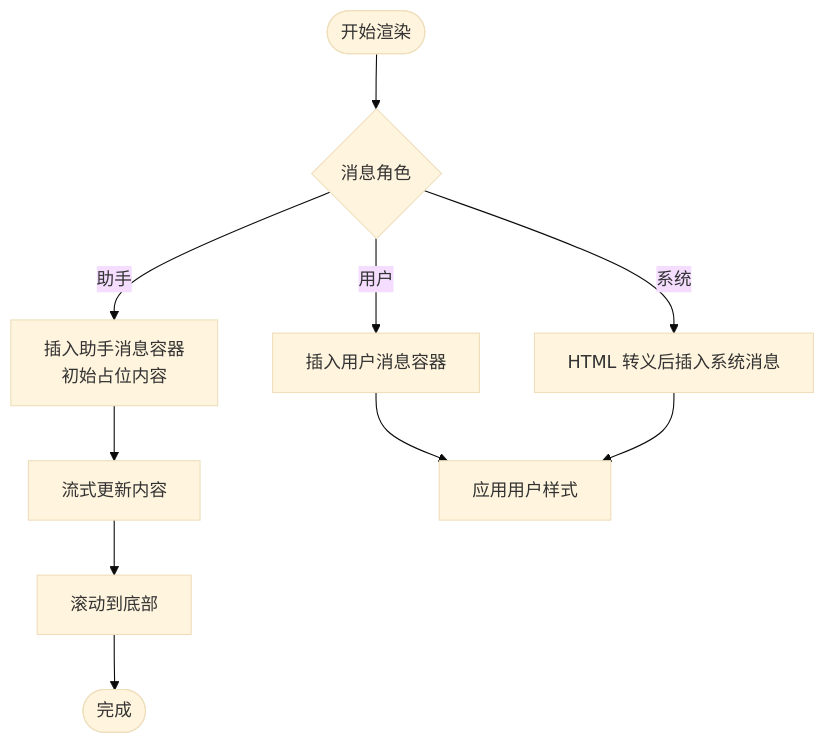
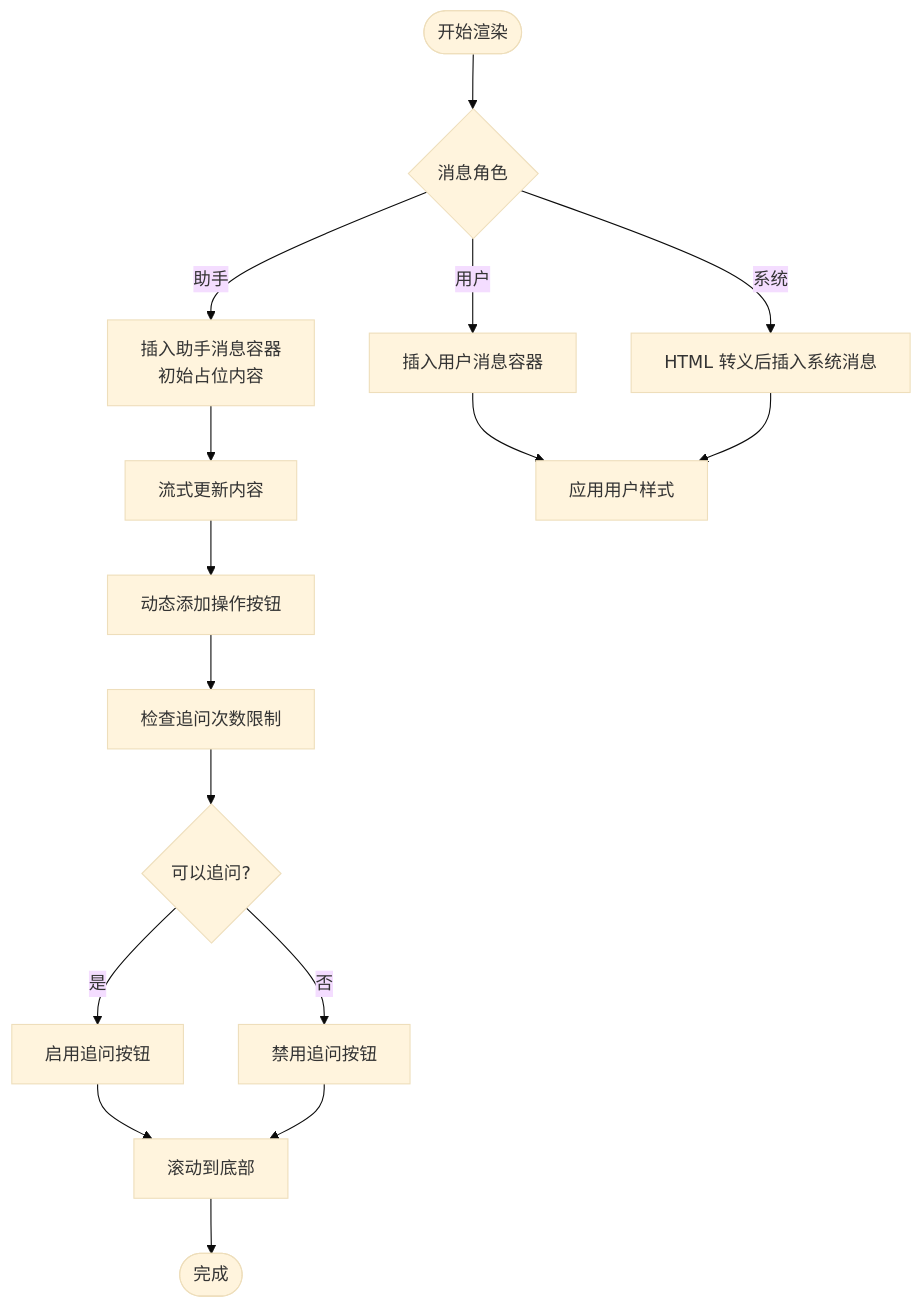
One commit to ghg618-ui/meihuayili-3.8 changed the third of 12 diagrams in .qoder/repowiki/zh/content/用户界面/聊天界面.md. Above: the diagram before and after it, drawn with Mermaid (base theme). The commit also changed other lines of this file and 6 other files, not shown here.

````diff
--- a/.qoder/repowiki/zh/content/用户界面/聊天界面.md
+++ b/.qoder/repowiki/zh/content/用户界面/聊天界面.md
@@ -129,12 +158,18 @@
 ```mermaid
 flowchart TD
 Start(["开始渲染"]) --> Role{"消息角色"}
 Role --> |用户| UserMsg["插入用户消息容器"]
 Role --> |助手| AssistInit["插入助手消息容器<br/>初始占位内容"]
 Role --> |系统| SysMsg["HTML 转义后插入系统消息"]
 AssistInit --> Stream["流式更新内容"]
-Stream --> Scroll["滚动到底部"]
+Stream --> Actions["动态添加操作按钮"]
+Actions --> LimitCheck["检查追问次数限制"]
+LimitCheck --> CanFollowUp{"可以追问?"}
+CanFollowUp --> |是| EnableBtn["启用追问按钮"]
+CanFollowUp --> |否| DisableBtn["禁用追问按钮"]
+EnableBtn --> Scroll["滚动到底部"]
+DisableBtn --> Scroll
 UserMsg --> Style["应用用户样式"]
 SysMsg --> Style
 Scroll --> End(["完成"])
 ```
````
